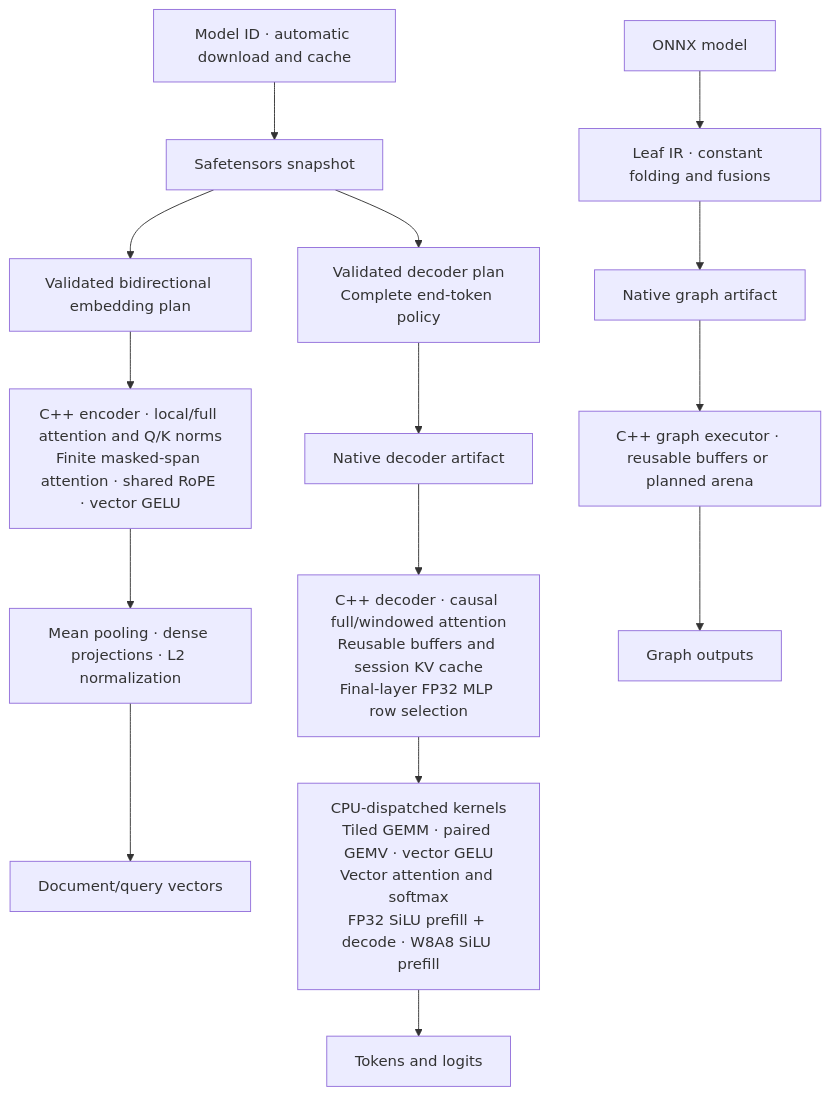
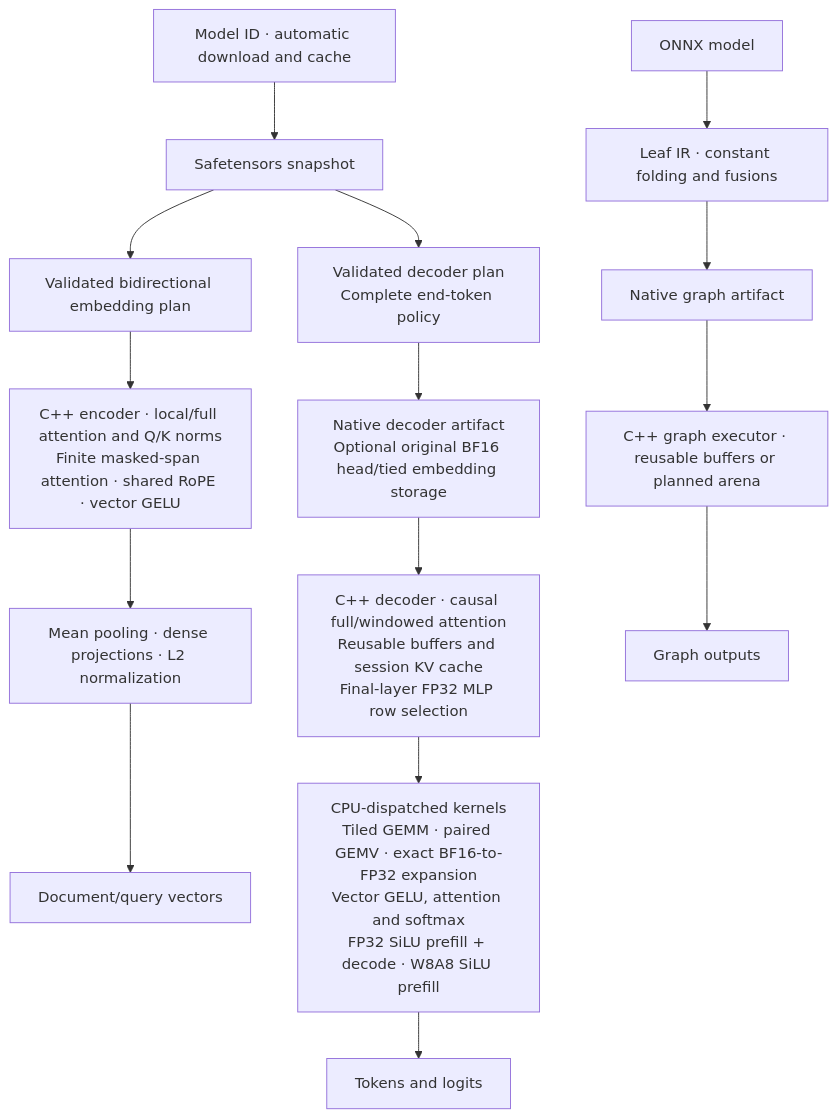
The first of 2 diagrams in README.md (Nbit-51/Leaf), drawn with Mermaid before and after one commit. The commit also changed other lines of this file and 47 other files, not shown here.

Commit message:
Add source-preserving BF16 head storage with FP32 compute

````diff
--- a/README.md
+++ b/README.md
@@ -139,17 +149,17 @@
 ```mermaid
 flowchart TB
     H["Model ID · automatic download and cache"] --> S["Safetensors snapshot"]
     S --> P["Validated decoder plan<br/>Complete end-token policy"]
     S --> B["Validated bidirectional embedding plan"]
     B --> N["C++ encoder · local/full attention and Q/K norms<br/>Finite masked-span attention · shared RoPE · vector GELU"]
     N --> V["Mean pooling · dense projections · L2 normalization"]
     V --> F["Document/query vectors"]
     O["ONNX model"] --> G["Leaf IR · constant folding and fusions"]
-    P --> D["Native decoder artifact"]
+    P --> D["Native decoder artifact<br/>Optional original BF16 head/tied embedding storage"]
     G --> A["Native graph artifact"]
     D --> R["C++ decoder · causal full/windowed attention<br/>Reusable buffers and session KV cache<br/>Final-layer FP32 MLP row selection"]
     A --> E["C++ graph executor · reusable buffers or planned arena"]
-    R --> K["CPU-dispatched kernels<br/>Tiled GEMM · paired GEMV · vector GELU<br/>Vector attention and softmax<br/>FP32 SiLU prefill + decode · W8A8 SiLU prefill"]
+    R --> K["CPU-dispatched kernels<br/>Tiled GEMM · paired GEMV · exact BF16-to-FP32 expansion<br/>Vector GELU, attention and softmax<br/>FP32 SiLU prefill + decode · W8A8 SiLU prefill"]
     K --> T["Tokens and logits"]
     E --> U["Graph outputs"]
 ```
````
